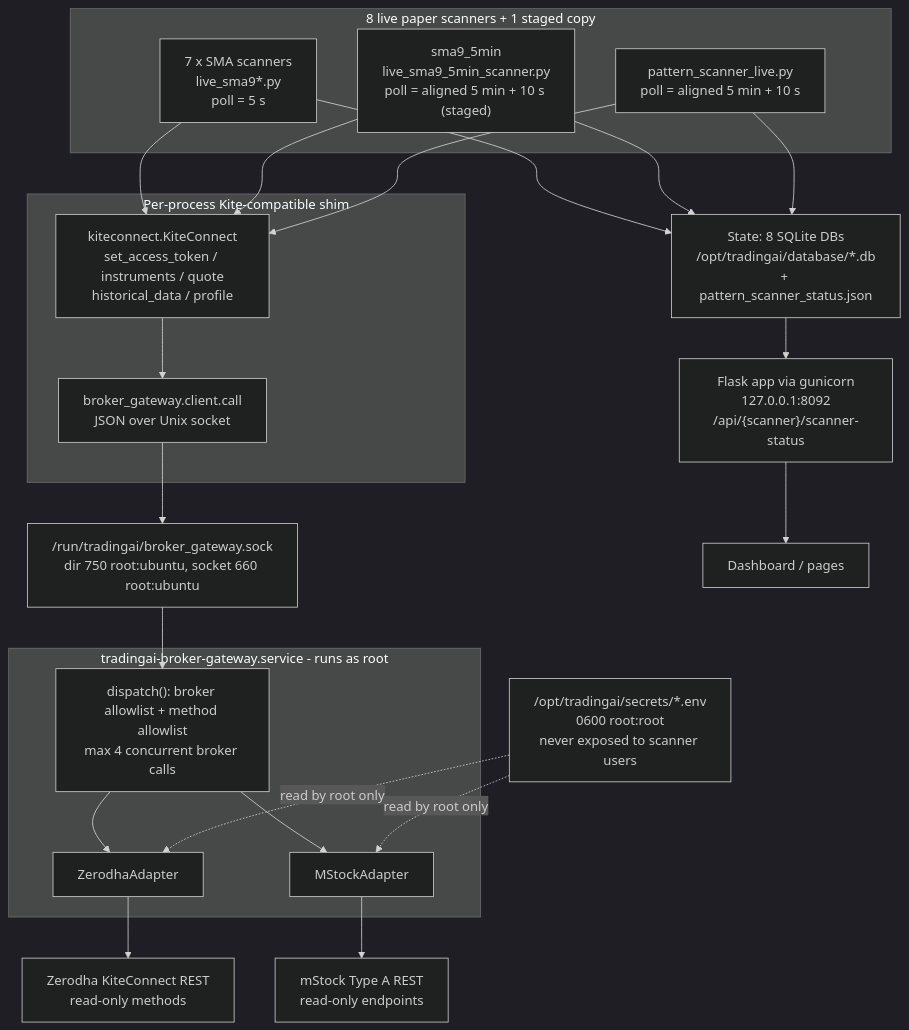
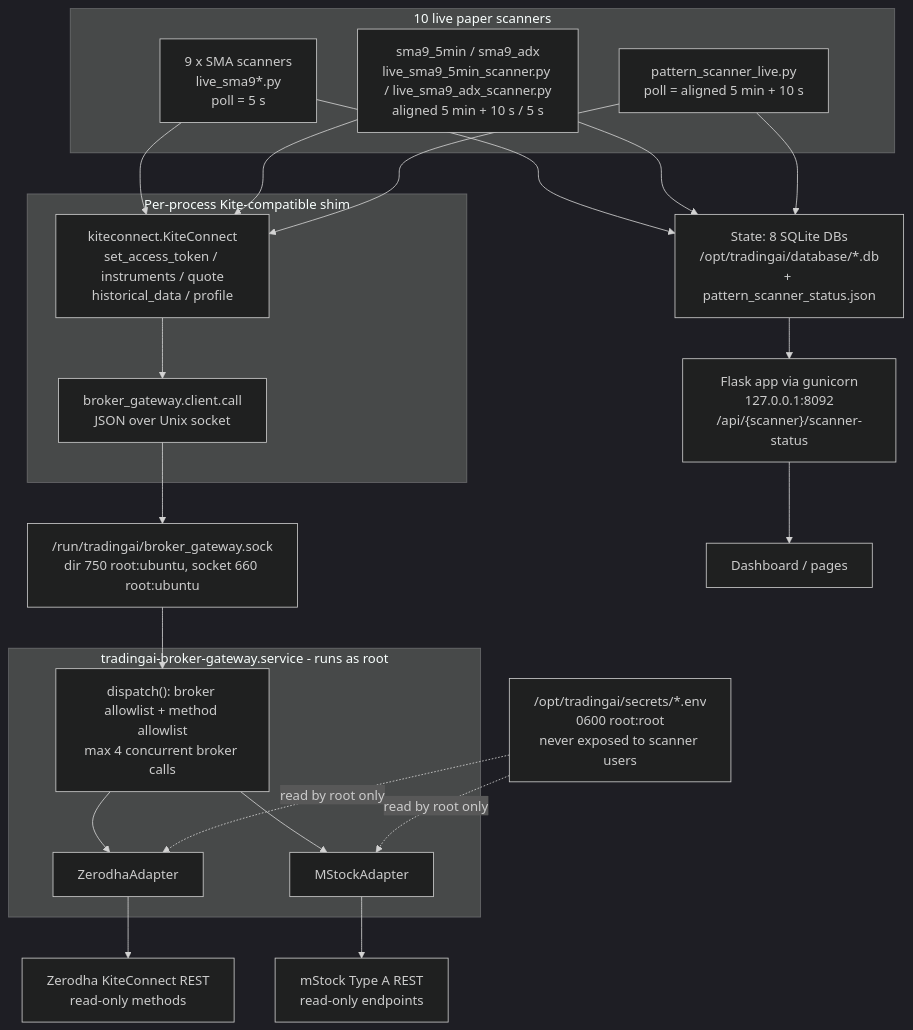
The first of 5 diagrams in docs/SCANNER_BROKER_ARCHITECTURE.md (vedurada/tradingai-lightweight), drawn with Mermaid (dark theme) before and after one commit. The commit also changed other lines of this file and 20 other files, not shown here.

First line of the commit message:
Add SMA9_ADX paper scanner with ADX entry filter and HWM trail

````diff
--- a/docs/SCANNER_BROKER_ARCHITECTURE.md
+++ b/docs/SCANNER_BROKER_ARCHITECTURE.md
@@ -19,46 +19,46 @@
 ```mermaid
 flowchart TB
-    subgraph SCANNERS["8 live paper scanners + 1 staged copy"]
-        SMA["7 x SMA scanners<br/>live_sma9*.py<br/>poll = 5 s"]
-        SMA5["sma9_5min<br/>live_sma9_5min_scanner.py<br/>poll = aligned 5 min + 10 s (staged)"]
+    subgraph SCANNERS["10 live paper scanners"]
+        SMA["9 x SMA scanners<br/>live_sma9*.py<br/>poll = 5 s"]
+        SMA5["sma9_5min / sma9_adx<br/>live_sma9_5min_scanner.py / live_sma9_adx_scanner.py<br/>aligned 5 min + 10 s / 5 s"]
         PAT["pattern_scanner_live.py<br/>poll = aligned 5 min + 10 s"]
     end
 
     subgraph SHIMLAYER["Per-process Kite-compatible shim"]
         KC["kiteconnect.KiteConnect<br/>set_access_token / instruments / quote<br/>historical_data / profile"]
         CL["broker_gateway.client.call<br/>JSON over Unix socket"]
         KC --> CL
     end
 
     SOCK["/run/tradingai/broker_gateway.sock<br/>dir 750 root:ubuntu, socket 660 root:ubuntu"]
 
     subgraph GW["tradingai-broker-gateway.service - runs as root"]
         DISP["dispatch(): broker allowlist + method allowlist<br/>max 4 concurrent broker calls"]
         ZA["ZerodhaAdapter"]
         MA["MStockAdapter"]
         DISP --> ZA
         DISP --> MA
     end
 
     SEC["/opt/tradingai/secrets/*.env<br/>0600 root:root<br/>never exposed to scanner users"]
 
     ZAPI["Zerodha KiteConnect REST<br/>read-only methods"]
     MAPI["mStock Type A REST<br/>read-only endpoints"]
 
     STATE["State: 8 SQLite DBs<br/>/opt/tradingai/database/*.db<br/>+ pattern_scanner_status.json"]
     API["Flask app via gunicorn<br/>127.0.0.1:8092<br/>/api/{scanner}/scanner-status"]
     UI["Dashboard / pages"]
 
     SMA --> KC
     SMA5 --> KC
     PAT --> KC
     CL --> SOCK --> DISP
     SEC -. read by root only .-> ZA
     SEC -. read by root only .-> MA
     ZA --> ZAPI
     MA --> MAPI
     SMA --> STATE
     SMA5 --> STATE
     PAT --> STATE
     STATE --> API --> UI
 ```
````
